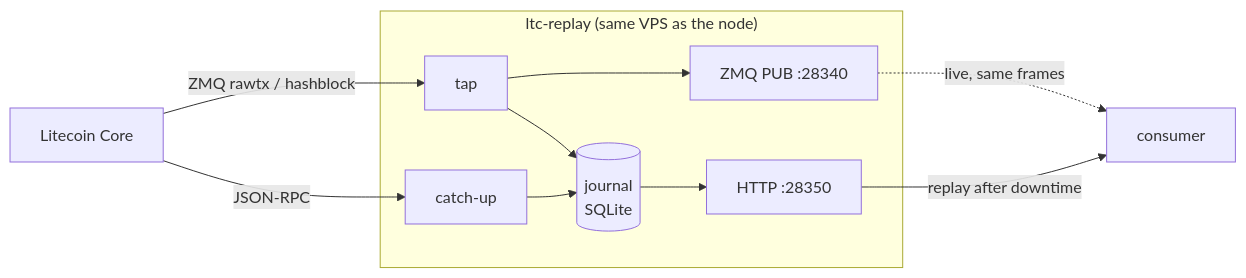
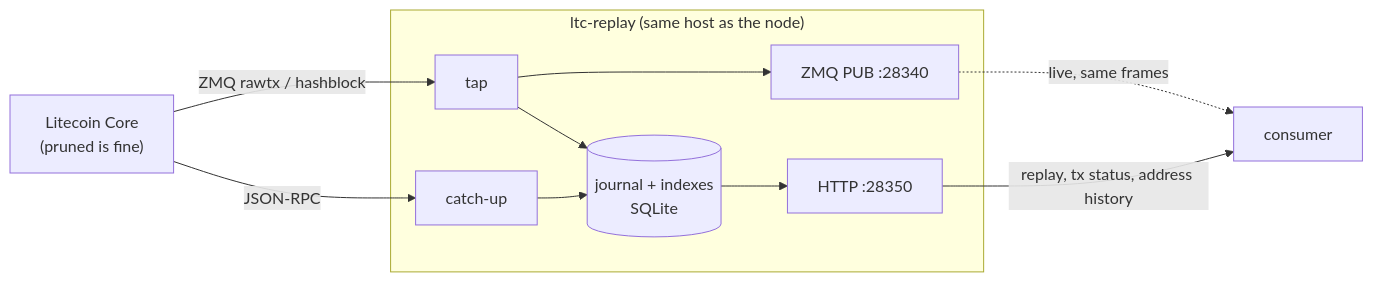
One commit to SwapzyCC/ltc-replay changed the diagram in README.md. Above: the diagram before and after it, drawn with Mermaid. The commit also changed other lines of this file and 11 other files, not shown here.

````diff
--- a/README.md
+++ b/README.md
@@ -14,16 +17,16 @@
 ```mermaid
 flowchart LR
-  CORE["Litecoin Core"]
+  CORE["Litecoin Core<br/>(pruned is fine)"]
   CORE -->|"ZMQ rawtx / hashblock"| TAP["tap"]
   CORE -->|"JSON-RPC"| CU["catch-up"]
 
-  subgraph RELAY ["ltc-replay (same VPS as the node)"]
-    TAP --> J[("journal<br/>SQLite")]
+  subgraph RELAY ["ltc-replay (same host as the node)"]
+    TAP --> J[("journal + indexes<br/>SQLite")]
     CU --> J
     TAP --> PUB["ZMQ PUB :28340"]
     J --> API["HTTP :28350"]
   end
 
   PUB -.->|"live, same frames"| C["consumer"]
-  API -->|"replay after downtime"| C
+  API -->|"replay, tx status, address history"| C
 ```
````
